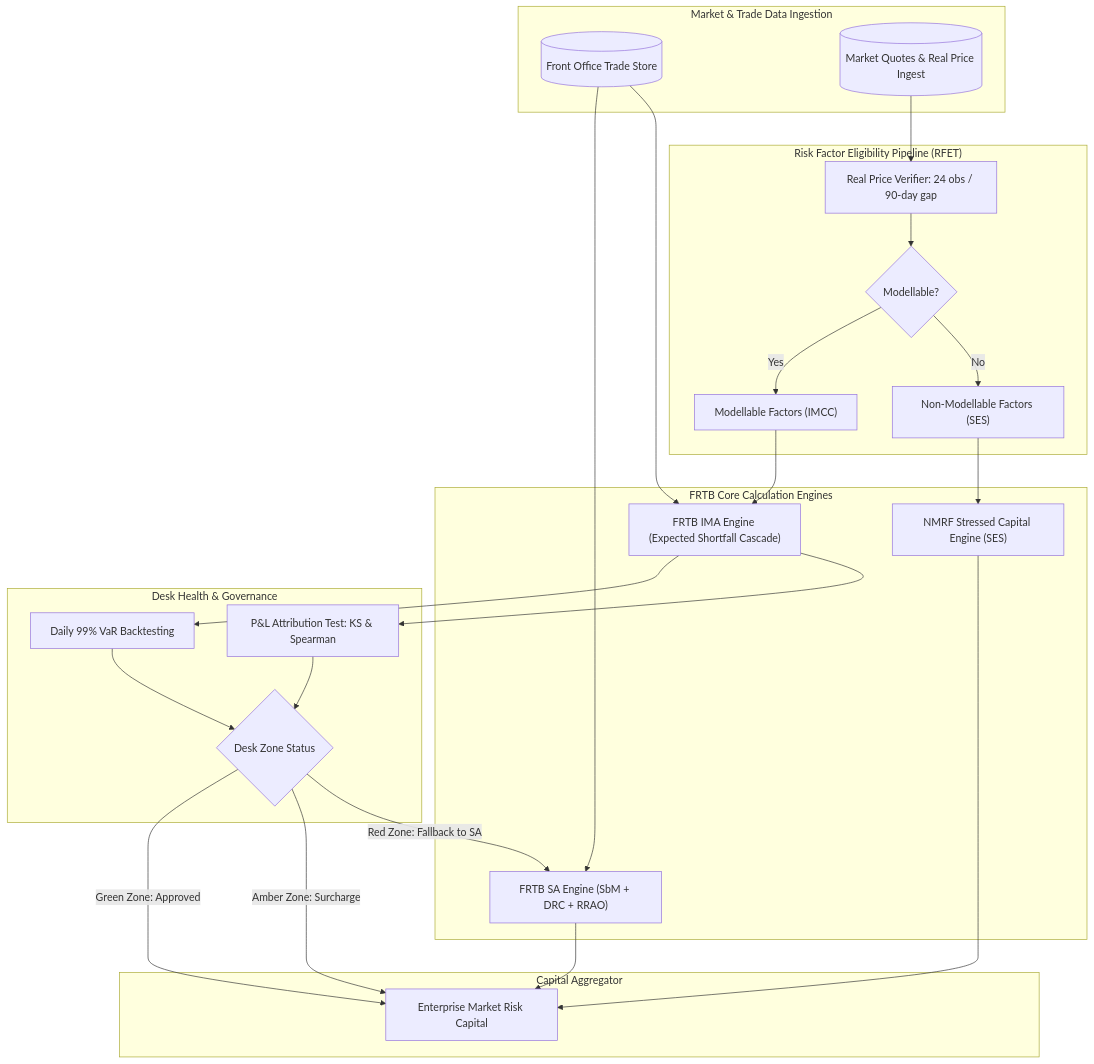
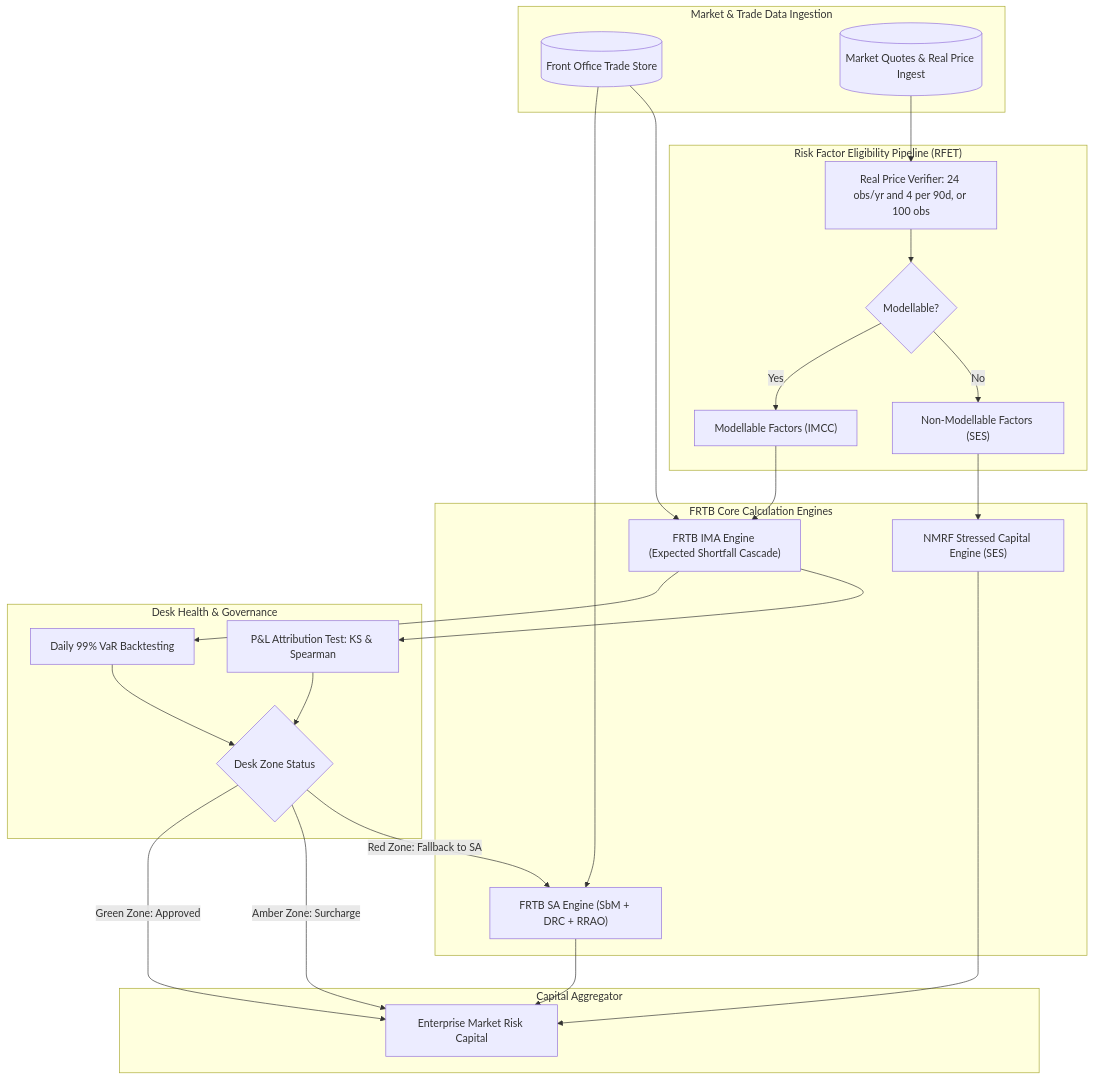
The diagram in 18-Pricing-and-Risk-Systems/10-FRTB-Engine.md (shreejitverma/The-Quant-Prep), drawn with Mermaid before and after one commit. The commit also changed other lines of this file and 5 other files, not shown here.

````diff
--- a/18-Pricing-and-Risk-Systems/10-FRTB-Engine.md
+++ b/18-Pricing-and-Risk-Systems/10-FRTB-Engine.md
@@ -35,52 +35,52 @@
 ```mermaid
 flowchart TB
     subgraph InputTier["Market & Trade Data Ingestion"]
         TradeRepository[(Front Office Trade Store)]
         MarketFeeds[(Market Quotes & Real Price Ingest)]
     end
 
     subgraph RFETPipeline["Risk Factor Eligibility Pipeline (RFET)"]
-        RealPriceObs[Real Price Verifier: 24 obs / 90-day gap]
+        RealPriceObs["Real Price Verifier: 24 obs/yr and 4 per 90d, or 100 obs"]
         ModellableSplit{Modellable?}
         MRF["Modellable Factors (IMCC)"]
         NMRF["Non-Modellable Factors (SES)"]
     end
 
     subgraph CoreEngines["FRTB Core Calculation Engines"]
         SAEngine["FRTB SA Engine (SbM + DRC + RRAO)"]
         IMAEngine["FRTB IMA Engine (Expected Shortfall Cascade)"]
         NMRFEngine["NMRF Stressed Capital Engine (SES)"]
     end
 
     subgraph DeskMonitoring["Desk Health & Governance"]
         Backtesting[Daily 99% VaR Backtesting]
         PLATest[P&L Attribution Test: KS & Spearman]
         TrafficLight{Desk Zone Status}
     end
 
     subgraph CapitalAggregation["Capital Aggregator"]
         FinalCapital[Enterprise Market Risk Capital]
     end
 
     TradeRepository --> SAEngine
     TradeRepository --> IMAEngine
     MarketFeeds --> RealPriceObs
     RealPriceObs --> ModellableSplit
     ModellableSplit -->|Yes| MRF
     ModellableSplit -->|No| NMRF
 
     MRF --> IMAEngine
     NMRF --> NMRFEngine
 
     IMAEngine --> Backtesting
     IMAEngine --> PLATest
     Backtesting --> TrafficLight
     PLATest --> TrafficLight
 
     TrafficLight -->|Green Zone: Approved| FinalCapital
     TrafficLight -->|Amber Zone: Surcharge| FinalCapital
     TrafficLight -->|Red Zone: Fallback to SA| SAEngine
 
     SAEngine --> FinalCapital
     NMRFEngine --> FinalCapital
 ```
````
